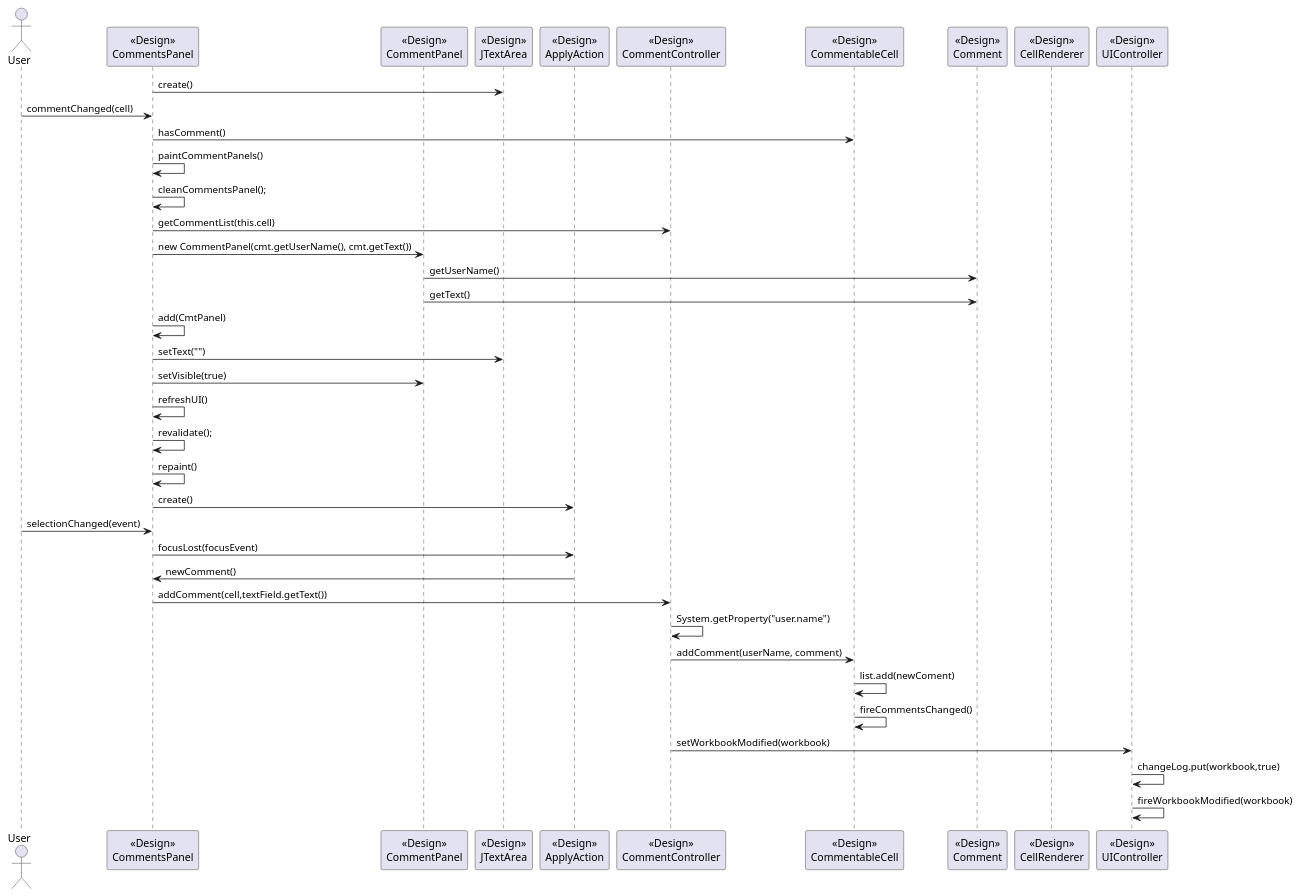
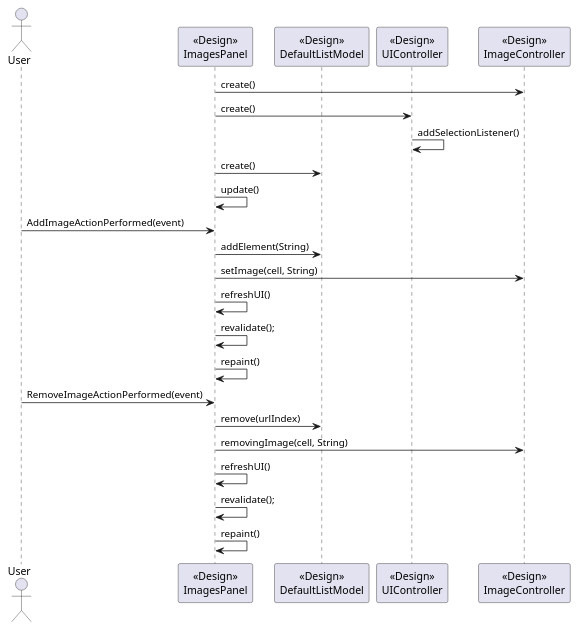
The diagram in src/main/java/lapr4/green/s2/core/n1130626/insertimage/core06_01_design_part4.puml (PeFerreira98/ISEP.Lic.LAPR4_2017), drawn with PlantUML before and after one commit.

Commit message:
#LAPR4E17DL-163 #comment Design done #time 1h

```diff
--- a/src/main/java/lapr4/green/s2/core/n1130626/insertimage/core06_01_design_part4.puml
+++ b/src/main/java/lapr4/green/s2/core/n1130626/insertimage/core06_01_design_part4.puml
@@ -1,41 +1,26 @@
 @startuml core06_01_design_part4.png
 
 actor User
-participant "<<Design>>\nCommentsPanel" as UIPanel
-participant "<<Design>>\nCommentPanel" as CmtPanel
-participant "<<Design>>\nJTextArea" as text
-participant "<<Design>>\nApplyAction" as Action
-participant "<<Design>>\nCommentController" as Ctrl
-participant "<<Design>>\nCommentableCell" as Cell
-participant "<<Design>>\nComment" as Cmt
-participant "<<Design>>\nCellRenderer" as CRenderer
+participant "<<Design>>\nImagesPanel" as UIPanel
+participant "<<Design>>\nDefaultListModel" as List
 participant "<<Design>>\nUIController" as UICtrl
+participant "<<Design>>\nImageController" as Ctrl
 
-UIPanel -> text : create()
-User -> UIPanel : commentChanged(cell)
-UIPanel -> Cell : hasComment()
-UIPanel -> UIPanel : paintCommentPanels()
-UIPanel -> UIPanel : cleanCommentsPanel();
-UIPanel -> Ctrl : getCommentList(this.cell)
-UIPanel -> CmtPanel : new CommentPanel(cmt.getUserName(), cmt.getText())
-CmtPanel -> Cmt : getUserName()
-CmtPanel -> Cmt : getText()
-UIPanel -> UIPanel : add(CmtPanel)
-UIPanel -> text : setText("")
-UIPanel -> CmtPanel : setVisible(true)
+UIPanel -> Ctrl : create()
+UIPanel -> UICtrl : create()
+UICtrl -> UICtrl : addSelectionListener()
+UIPanel -> List : create()
+UIPanel -> UIPanel : update()
+User -> UIPanel : AddImageActionPerformed(event)
+UIPanel -> List : addElement(String)
+UIPanel -> Ctrl : setImage(cell, String)
 UIPanel -> UIPanel : refreshUI()
 UIPanel -> UIPanel : revalidate();
 UIPanel -> UIPanel : repaint()
-UIPanel -> Action : create()
-User -> UIPanel : selectionChanged(event)
-UIPanel -> Action : focusLost(focusEvent)
-Action -> UIPanel : newComment()
-UIPanel -> Ctrl : addComment(cell,textField.getText())
-Ctrl -> Ctrl : System.getProperty("user.name")
-Ctrl -> Cell : addComment(userName, comment)
-Cell -> Cell : list.add(newComent)
-Cell -> Cell : fireCommentsChanged()
-Ctrl -> UICtrl : setWorkbookModified(workbook)
-UICtrl -> UICtrl : changeLog.put(workbook,true)
-UICtrl -> UICtrl : fireWorkbookModified(workbook)
+User -> UIPanel : RemoveImageActionPerformed(event)
+UIPanel -> List : remove(urlIndex)
+UIPanel -> Ctrl : removingImage(cell, String)
+UIPanel -> UIPanel : refreshUI()
+UIPanel -> UIPanel : revalidate();
+UIPanel -> UIPanel : repaint()
 @enduml
```
